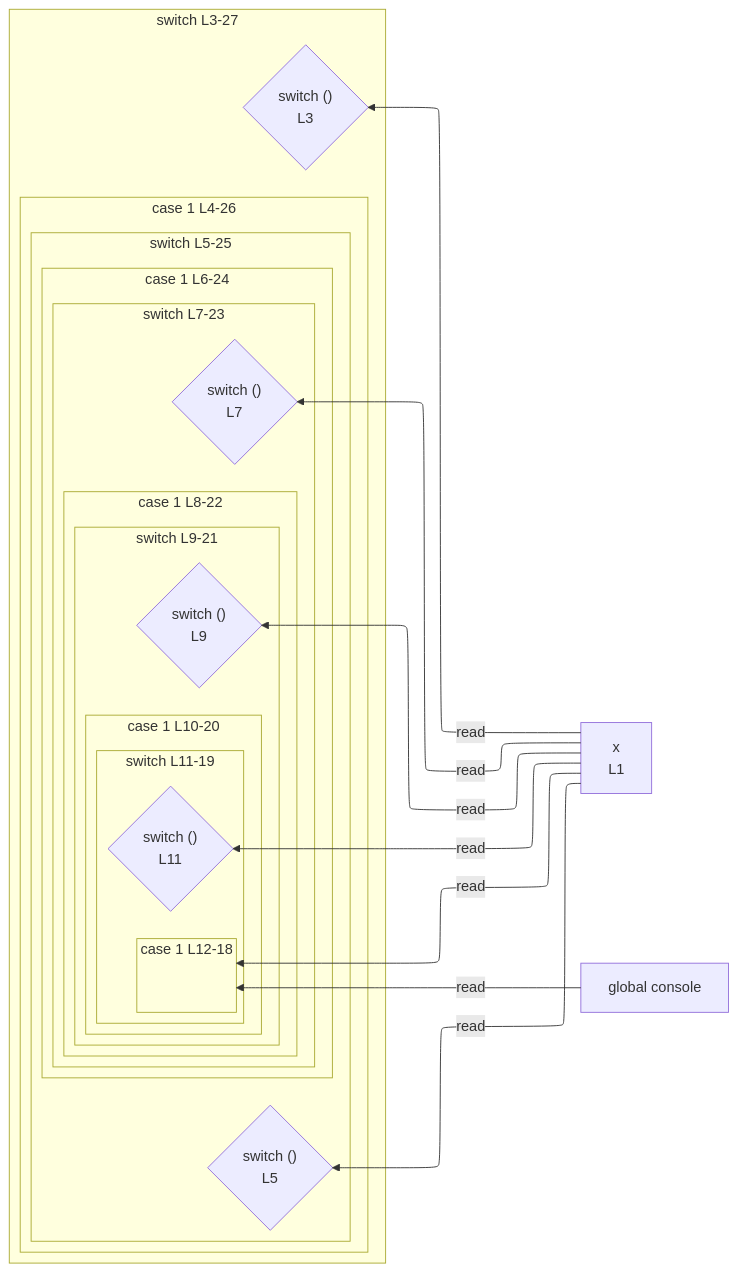
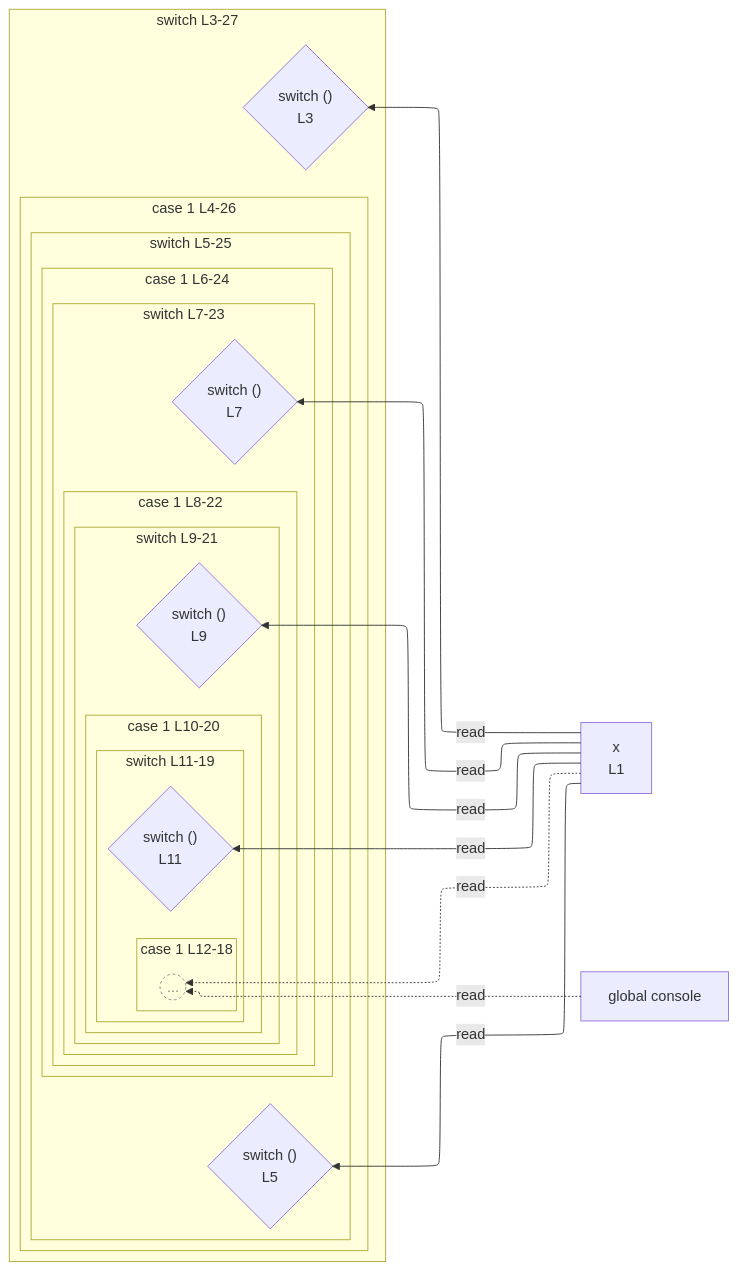
Before and after one commit to crescware/unsnarl: the diagram in integration/fixtures/app-behavior/depth/switch/depth-5/preview.md, drawn with Mermaid. The commit also changed 72 other files, not shown here.

First line of the commit message:
Render anonymous collapsed scopes as a BeyondDepth `((...))` stub

````diff
--- a/integration/fixtures/app-behavior/depth/switch/depth-5/preview.md
+++ b/integration/fixtures/app-behavior/depth/switch/depth-5/preview.md
@@ -37,51 +37,51 @@
 ```mermaid
 %%{init: {"flowchart": {"defaultRenderer": "elk"}}}%%
 flowchart RL
   n_scope_0_x_6["x<br/>L1"]
   n_scope_0_console_296["global console"]
   subgraph s_scope_1["switch L3-27"]
     direction RL
     switch_discriminant_scope_0_14{"switch ()<br/>L3"}
     subgraph s_scope_2["case 1 L4-26"]
       direction RL
       subgraph s_scope_3["switch L5-25"]
         direction RL
         switch_discriminant_scope_2_41{"switch ()<br/>L5"}
         subgraph s_scope_4["case 1 L6-24"]
           direction RL
           subgraph s_scope_5["switch L7-23"]
             direction RL
             switch_discriminant_scope_4_76{"switch ()<br/>L7"}
             subgraph s_scope_6["case 1 L8-22"]
               direction RL
               subgraph s_scope_7["switch L9-21"]
                 direction RL
                 switch_discriminant_scope_6_119{"switch ()<br/>L9"}
                 subgraph s_scope_8["case 1 L10-20"]
                   direction RL
                   subgraph s_scope_9["switch L11-19"]
                     direction RL
                     switch_discriminant_scope_8_170{"switch ()<br/>L11"}
                     subgraph s_scope_10["case 1 L12-18"]
                       direction RL
-                      elk_empty_s_scope_10[" "]
+                      beyond_depth_s_scope_10((...))
                     end
                   end
                 end
               end
             end
           end
         end
       end
     end
   end
   n_scope_0_x_6 -->|read| switch_discriminant_scope_0_14
   n_scope_0_x_6 -->|read| switch_discriminant_scope_2_41
   n_scope_0_x_6 -->|read| switch_discriminant_scope_4_76
   n_scope_0_x_6 -->|read| switch_discriminant_scope_6_119
   n_scope_0_x_6 -->|read| switch_discriminant_scope_8_170
-  n_scope_0_x_6 -->|read| s_scope_10
-  n_scope_0_console_296 -->|read| s_scope_10
-  classDef elkEmptyPlaceholder fill:transparent,stroke:transparent,color:transparent;
-  class elk_empty_s_scope_10 elkEmptyPlaceholder;
+  n_scope_0_x_6 -.->|read| beyond_depth_s_scope_10
+  n_scope_0_console_296 -.->|read| beyond_depth_s_scope_10
+  classDef boundaryStub fill:transparent,stroke:#888,stroke-dasharray:3 3,color:#888;
+  class beyond_depth_s_scope_10 boundaryStub;
 ```
````
